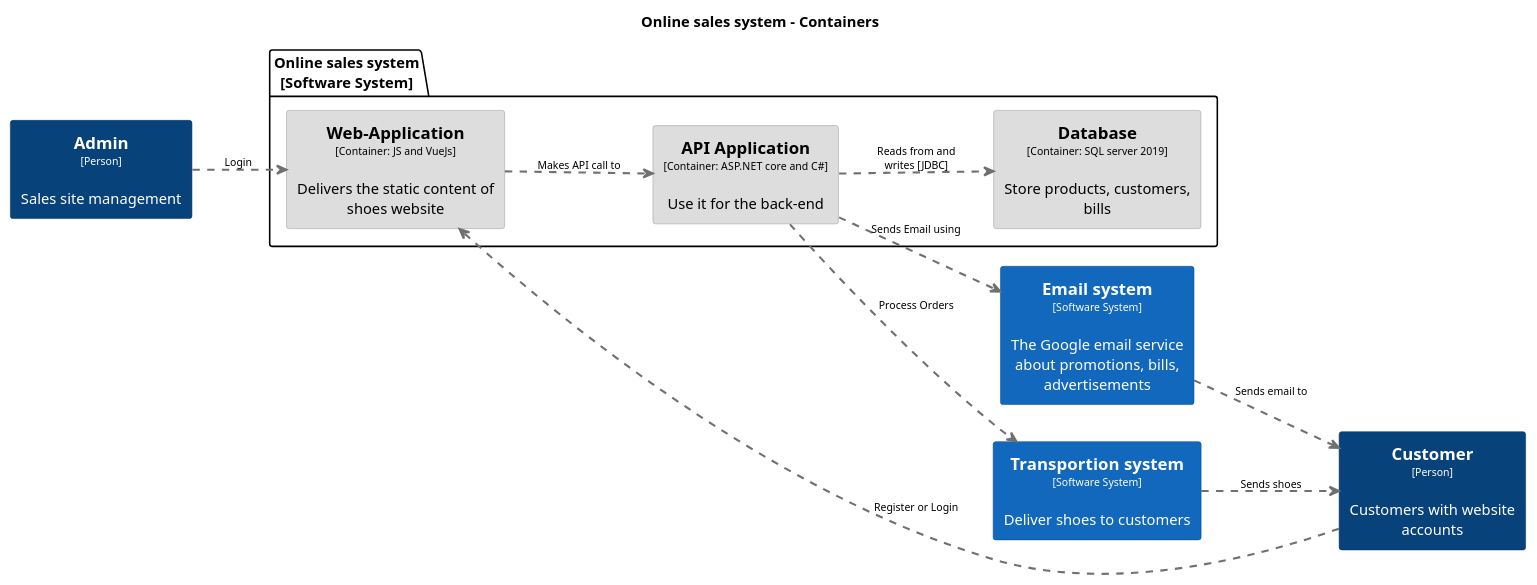
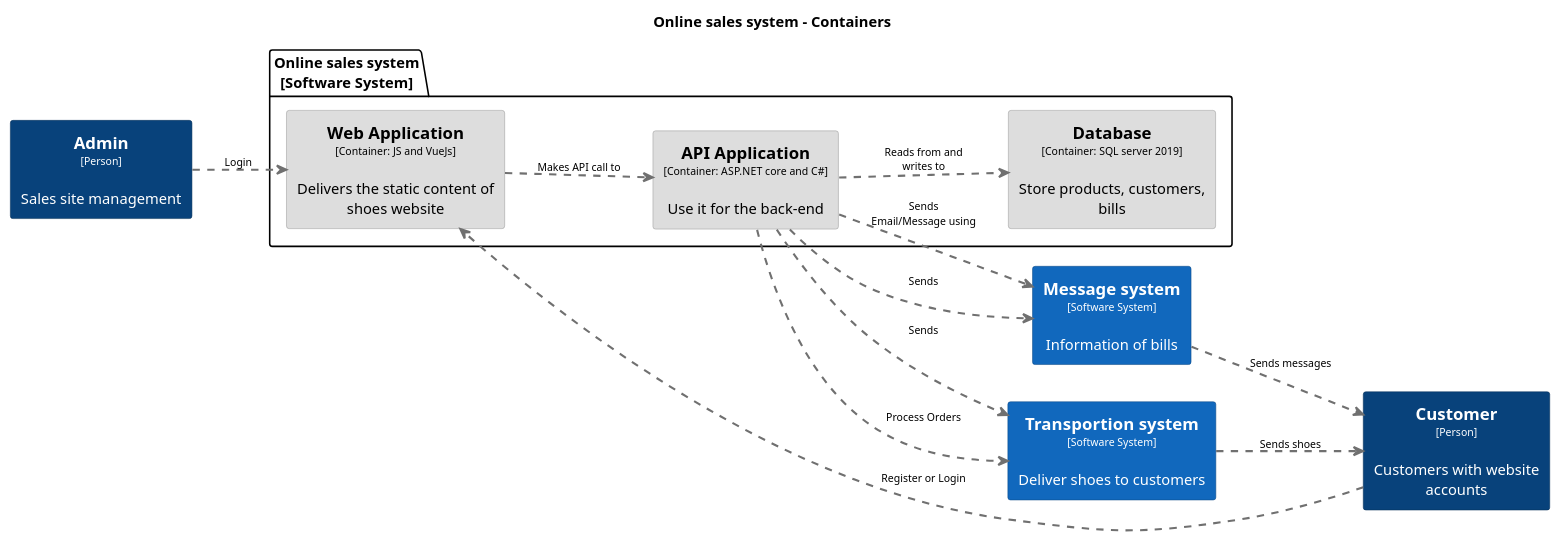
The diagram in export/Onlinesalessystem-Container.puml (lantrannk/phan-tich-thiet-ke-oop), drawn with PlantUML before and after one commit. The commit also changed 3 other files, not shown here.

```diff
--- a/export/Onlinesalessystem-Container.puml
+++ b/export/Onlinesalessystem-Container.puml
@@ -1,65 +1,67 @@
 @startuml(id=Onlinesalessystem-Container)
 title Online sales system - Containers
 
 skinparam {
   shadowing false
   arrowFontSize 10
   defaultTextAlignment center
   wrapWidth 200
   maxMessageSize 100
 }
 hide stereotype
 left to right direction
+skinparam rectangle<<12>> {
+  BackgroundColor #dddddd
+  FontColor #000000
+  BorderColor #9a9a9a
+}
 skinparam rectangle<<1>> {
   BackgroundColor #08427b
   FontColor #ffffff
   BorderColor #052e56
-}
-skinparam rectangle<<12>> {
-  BackgroundColor #dddddd
-  FontColor #000000
-  BorderColor #9a9a9a
 }
 skinparam rectangle<<13>> {
   BackgroundColor #dddddd
   FontColor #000000
   BorderColor #9a9a9a
 }
 skinparam rectangle<<2>> {
   BackgroundColor #08427b
   FontColor #ffffff
   BorderColor #052e56
 }
 skinparam rectangle<<3>> {
   BackgroundColor #1168bd
   FontColor #ffffff
   BorderColor #0b4884
 }
 skinparam rectangle<<4>> {
   BackgroundColor #1168bd
   FontColor #ffffff
   BorderColor #0b4884
 }
 skinparam rectangle<<7>> {
   BackgroundColor #dddddd
   FontColor #000000
   BorderColor #9a9a9a
 }
 rectangle "==Admin\n<size:10>[Person]</size>\n\nSales site management" <<2>> as 2
 rectangle "==Customer\n<size:10>[Person]</size>\n\nCustomers with website accounts" <<1>> as 1
-rectangle "==Email system\n<size:10>[Software System]</size>\n\nThe Google email service about promotions, bills, advertisements" <<4>> as 4
+rectangle "==Message system\n<size:10>[Software System]</size>\n\nInformation of bills" <<4>> as 4
 rectangle "==Transportion system\n<size:10>[Software System]</size>\n\nDeliver shoes to customers" <<3>> as 3
 package "Online sales system\n[Software System]" {
   rectangle "==API Application\n<size:10>[Container: ASP.NET core and C#]</size>\n\nUse it for the back-end" <<13>> as 13
   rectangle "==Database\n<size:10>[Container: SQL server 2019]</size>\n\nStore products, customers, bills" <<12>> as 12
-  rectangle "==Web-Application\n<size:10>[Container: JS and VueJs]</size>\n\nDelivers the static content of shoes website" <<7>> as 7
+  rectangle "==Web Application\n<size:10>[Container: JS and VueJs]</size>\n\nDelivers the static content of shoes website" <<7>> as 7
 }
-13 .[#707070,thickness=2].> 12 : "Reads from and writes [JDBC]"
-13 .[#707070,thickness=2].> 4 : "Sends Email using"
+13 .[#707070,thickness=2].> 12 : "Reads from and writes to"
+13 .[#707070,thickness=2].> 4 : "Sends Email/Message using"
+13 .[#707070,thickness=2].> 4 : "Sends"
+13 .[#707070,thickness=2].> 3 : "Sends"
 13 .[#707070,thickness=2].> 3 : "Process Orders"
 2 .[#707070,thickness=2].> 7 : "Login"
 1 .[#707070,thickness=2].> 7 : "Register or Login"
-4 .[#707070,thickness=2].> 1 : "Sends email to"
+4 .[#707070,thickness=2].> 1 : "Sends messages"
 3 .[#707070,thickness=2].> 1 : "Sends shoes"
 7 .[#707070,thickness=2].> 13 : "Makes API call to"
 @enduml
```
